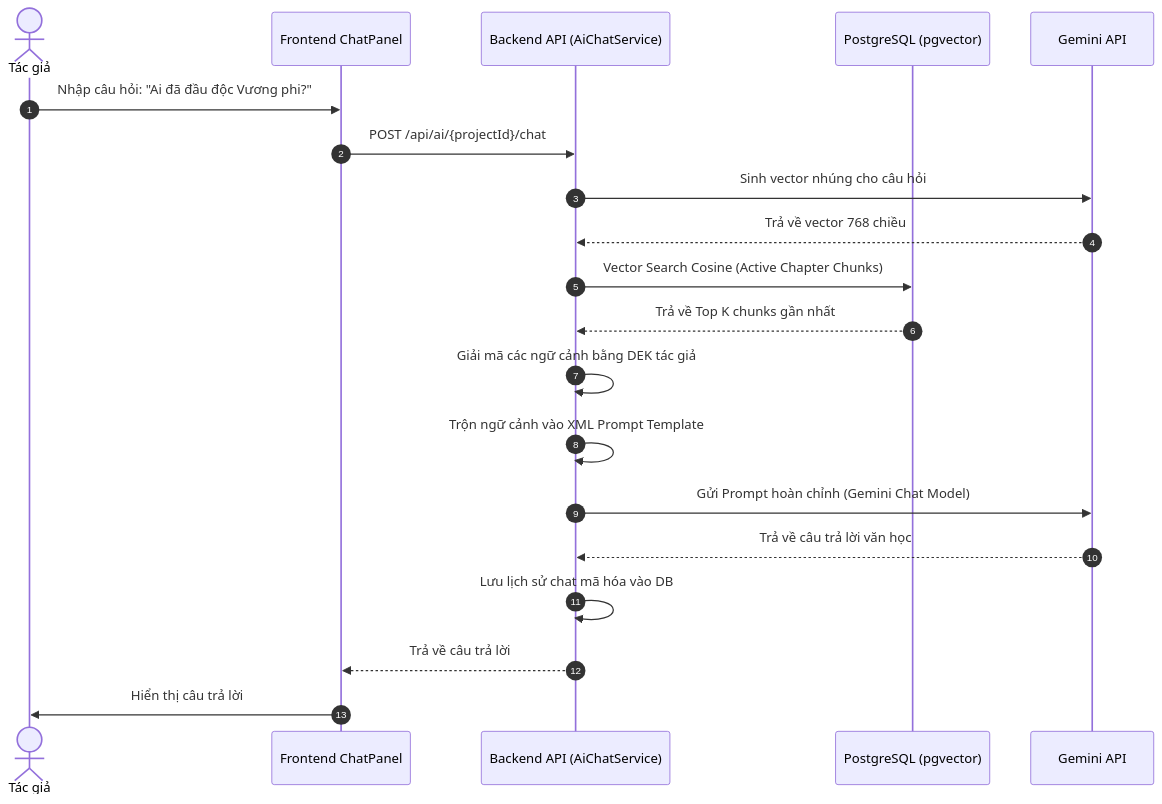
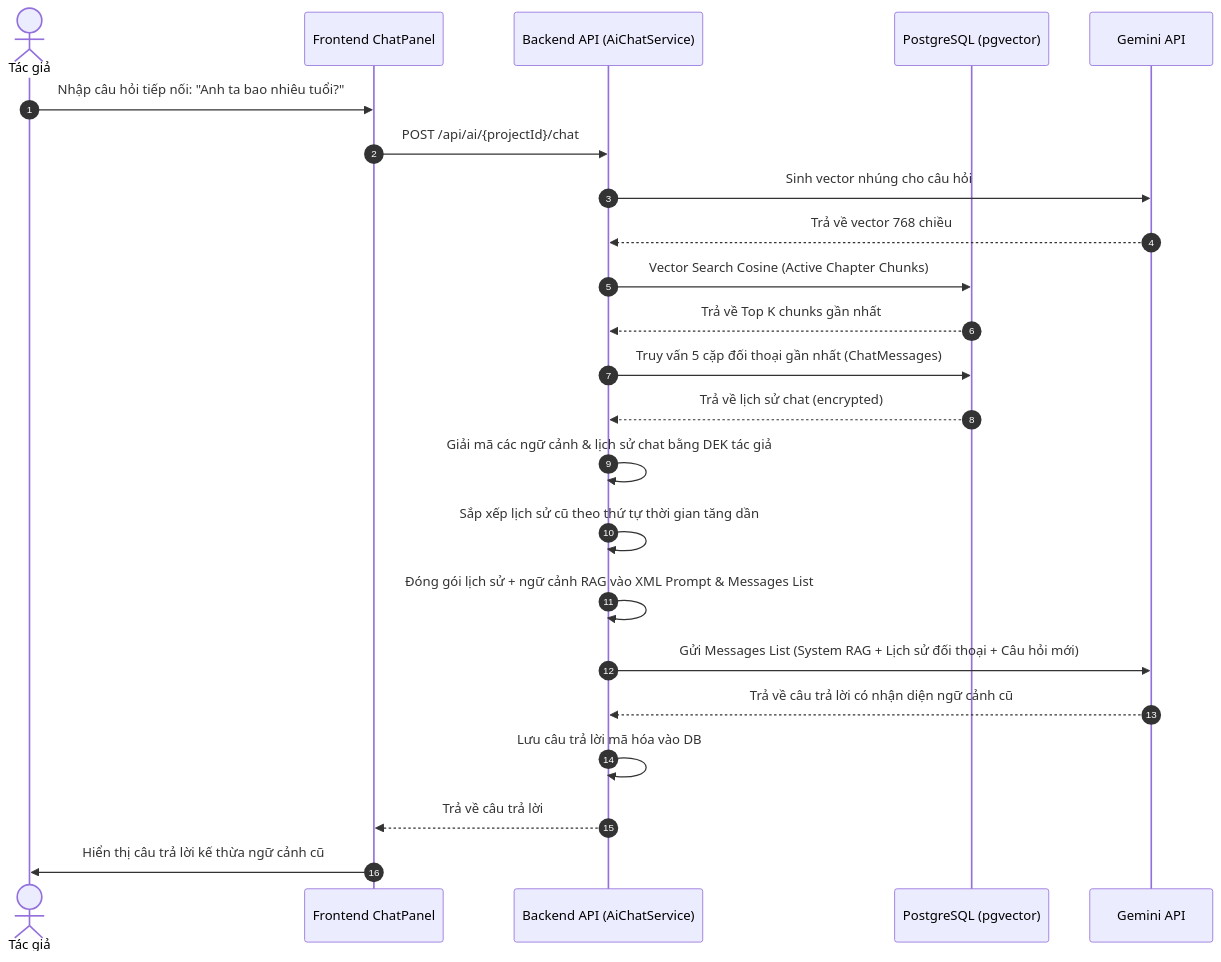
The fourth of 7 diagrams in Doc/SystemFlows.md (AntiHero2311/StoryRAG), drawn with Mermaid before and after one commit. The commit also changed other lines of this file and 3 other files, not shown here.

Commit message:
feat: implement AiChatService with vector-based RAG support and add project documentation

````diff
--- a/Doc/SystemFlows.md
+++ b/Doc/SystemFlows.md
@@ -115,23 +115,26 @@
 ```mermaid
 sequenceDiagram
     autonumber
     actor User as Tác giả
     participant FE as Frontend ChatPanel
     participant BE as Backend API (AiChatService)
     participant DB as PostgreSQL (pgvector)
     participant AI as Gemini API
 
-    User->>FE: Nhập câu hỏi: "Ai đã đầu độc Vương phi?"
+    User->>FE: Nhập câu hỏi tiếp nối: "Anh ta bao nhiêu tuổi?"
     FE->>BE: POST /api/ai/{projectId}/chat
     BE->>AI: Sinh vector nhúng cho câu hỏi
     AI-->>BE: Trả về vector 768 chiều
     BE->>DB: Vector Search Cosine (Active Chapter Chunks)
     DB-->>BE: Trả về Top K chunks gần nhất
-    BE->>BE: Giải mã các ngữ cảnh bằng DEK tác giả
-    BE->>BE: Trộn ngữ cảnh vào XML Prompt Template
-    BE->>AI: Gửi Prompt hoàn chỉnh (Gemini Chat Model)
-    AI-->>BE: Trả về câu trả lời văn học
-    BE->>BE: Lưu lịch sử chat mã hóa vào DB
+    BE->>DB: Truy vấn 5 cặp đối thoại gần nhất (ChatMessages)
+    DB-->>BE: Trả về lịch sử chat (encrypted)
+    BE->>BE: Giải mã các ngữ cảnh & lịch sử chat bằng DEK tác giả
+    BE->>BE: Sắp xếp lịch sử cũ theo thứ tự thời gian tăng dần
+    BE->>BE: Đóng gói lịch sử + ngữ cảnh RAG vào XML Prompt & Messages List
+    BE->>AI: Gửi Messages List (System RAG + Lịch sử đối thoại + Câu hỏi mới)
+    AI-->>BE: Trả về câu trả lời có nhận diện ngữ cảnh cũ
+    BE->>BE: Lưu câu trả lời mã hóa vào DB
     BE-->>FE: Trả về câu trả lời
-    FE->>User: Hiển thị câu trả lời
+    FE->>User: Hiển thị câu trả lời kế thừa ngữ cảnh cũ
 ```
````
